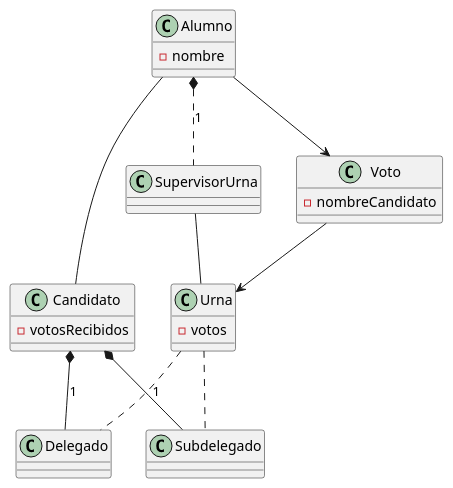
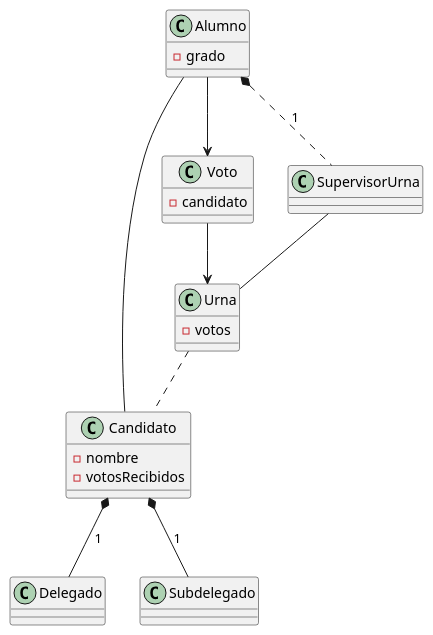
One commit to mmasias/24-25-IdSw1 changed the diagram in entregas/salmeronJavier/10-10/Delegado_Clases.puml. Above: the diagram before and after it, drawn with PlantUML. The commit also changed 1 other file, not shown here.

Commit message:
Delegado - Actualizar Clases

```diff
--- a/entregas/salmeronJavier/10-10/Delegado_Clases.puml
+++ b/entregas/salmeronJavier/10-10/Delegado_Clases.puml
@@ -1,40 +1,40 @@
 @startuml
 
 class Alumno {
-  - nombre
+  - grado
 }
 
 class Candidato {
+  - nombre
   - votosRecibidos
 }
 
 class Voto {
-  - nombreCandidato
+  - candidato
 }
 
 class Urna {
   - votos
 }
 
 class SupervisorUrna {
 }
 
 class Delegado {
 }
 
 class Subdelegado {
 }
 
 Alumno --> Voto
 Voto --> Urna
 SupervisorUrna -- Urna
 Alumno *.. SupervisorUrna : 1
 
-Urna .. Delegado
-Urna .. Subdelegado
+Urna .. Candidato
 
 Alumno -- Candidato
 Candidato *-- Delegado : 1
 Candidato *-- Subdelegado : 1
 
 @enduml
```
